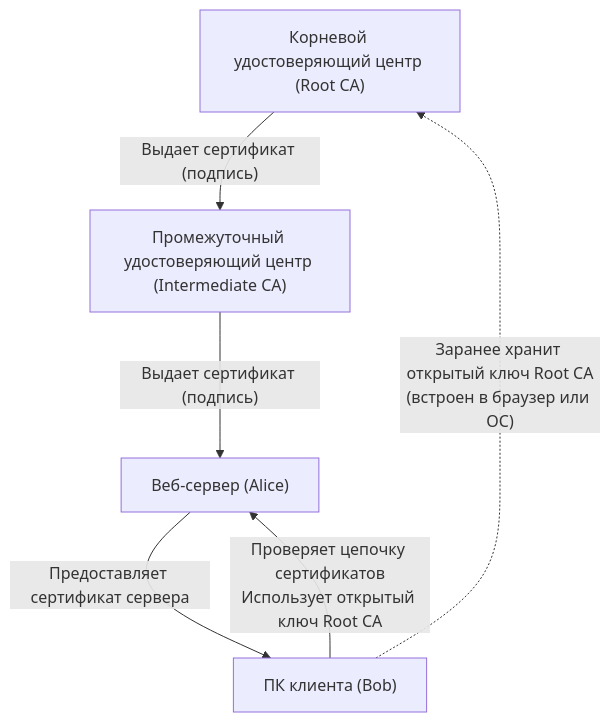
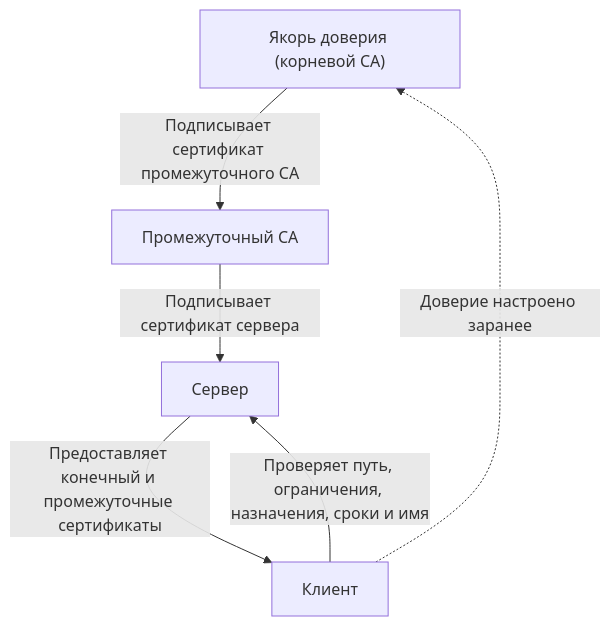
Before and after one commit to kenjinote/blog: the third of 3 diagrams in content/post/modern-cryptography-public-key-hash-signature/index.ru.md, drawn with Mermaid. The commit also changed other lines of this file and 5 other files, not shown here.

````diff
--- a/content/post/modern-cryptography-public-key-hash-signature/index.ru.md
+++ b/content/post/modern-cryptography-public-key-hash-signature/index.ru.md
@@ -317,13 +272,8 @@
 ```mermaid
 graph TD
-    CA["Корневой удостоверяющий центр (Root CA)"]
-    SubCA["Промежуточный удостоверяющий центр (Intermediate CA)"]
-    Server["Веб-сервер (Alice)"]
-    Client["ПК клиента (Bob)"]
-
-    CA -->|"Выдает сертификат (подпись)"| SubCA
-    SubCA -->|"Выдает сертификат (подпись)"| Server
-    Server -->|"Предоставляет сертификат сервера"| Client
-    Client -.->|"Заранее хранит открытый ключ Root CA\n(встроен в браузер или ОС)"| CA
-    Client -->|"Проверяет цепочку сертификатов\nИспользует открытый ключ Root CA"| Server
+    CA["Якорь доверия (корневой CA)"] -->|"Подписывает сертификат промежуточного CA"| I["Промежуточный CA"]
+    I -->|"Подписывает сертификат сервера"| S["Сервер"]
+    S -->|"Предоставляет конечный и промежуточные сертификаты"| C["Клиент"]
+    C -.->|"Доверие настроено заранее"| CA
+    C -->|"Проверяет путь, ограничения, назначения, сроки и имя"| S
 ```
````
